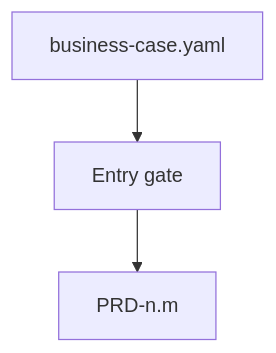
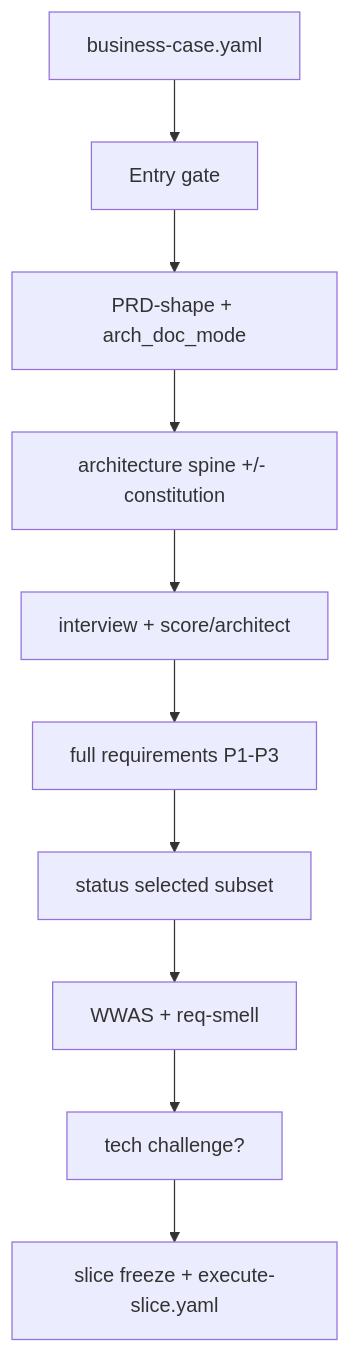
Before and after one commit to rr-agentic-kit/ai-plugins: the diagram in plugins/rrraw/skills/rr-planner/refs/cascade.md, drawn with Mermaid. The commit also changed other lines of this file and 36 other files, not shown here.

First line of the commit message:
Refine planning documentation and enhance item schema validation

````diff
--- a/plugins/rrraw/skills/rr-planner/refs/cascade.md
+++ b/plugins/rrraw/skills/rr-planner/refs/cascade.md
@@ -26,5 +26,12 @@
 ```mermaid
 flowchart TD
   BC["business-case.yaml"] --> Gate["Entry gate"]
-  Gate --> PRD["PRD-n.m"]
+  Gate --> Posture["PRD-shape + arch_doc_mode"]
+  Posture --> Standing["architecture spine +/- constitution"]
+  Standing --> Interview["interview + score/architect"]
+  Interview --> FullReq["full requirements P1-P3"]
+  FullReq --> Select["status selected subset"]
+  Select --> Smell["WWAS + req-smell"]
+  Smell --> Challenge["tech challenge?"]
+  Challenge --> Slice["slice freeze + execute-slice.yaml"]
 ```
````
